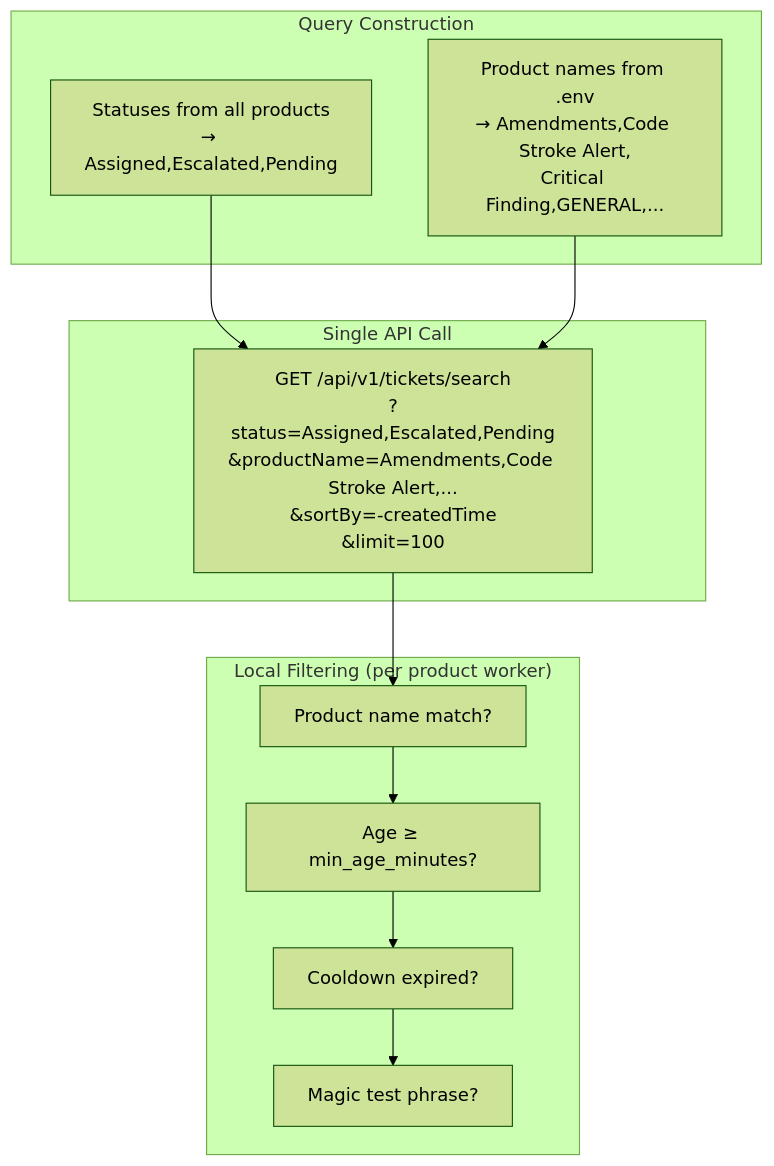
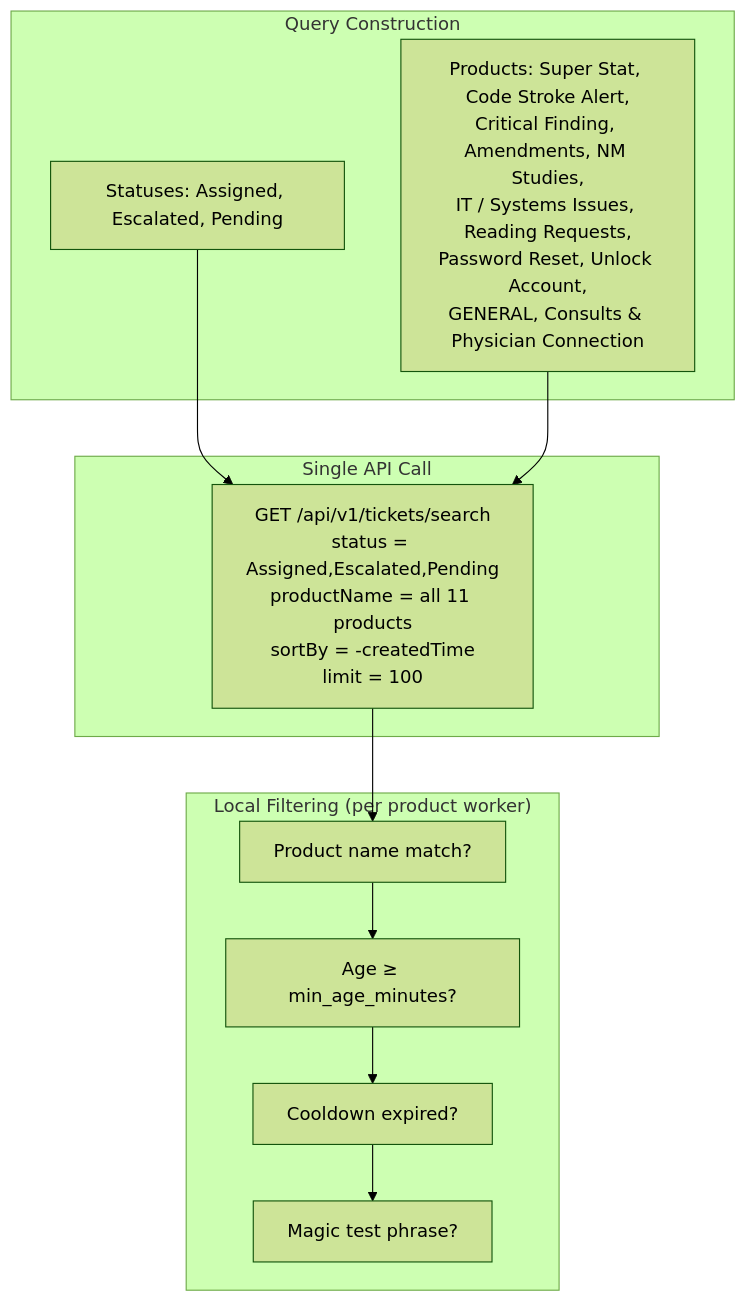
The third of 4 diagrams in README.md (AnsImran/ms-teams-zoho-desk-notifications-service), drawn with Mermaid (forest theme) before and after one commit. The commit also changed other lines of this file and 2 other files, not shown here.

First line of the commit message:
improve architecture and search query diagrams for clarity

````diff
--- a/README.md
+++ b/README.md
@@ -58,22 +52,22 @@
 ```mermaid
 flowchart TB
     subgraph build["Query Construction"]
-        S["Statuses from all products<br>→ Assigned,Escalated,Pending"]
-        P["Product names from .env<br>→ Amendments,Code Stroke Alert,<br>Critical Finding,GENERAL,..."]
+        S["Statuses: Assigned, Escalated, Pending"]
+        P["Products: Super Stat, Code Stroke Alert,<br>Critical Finding, Amendments, NM Studies,<br>IT / Systems Issues, Reading Requests,<br>Password Reset, Unlock Account,<br>GENERAL, Consults & Physician Connection"]
     end
 
     subgraph call["Single API Call"]
-        Q["GET /api/v1/tickets/search<br>?status=Assigned,Escalated,Pending<br>&productName=Amendments,Code Stroke Alert,...<br>&sortBy=-createdTime<br>&limit=100"]
+        Q["GET /api/v1/tickets/search<br>status = Assigned,Escalated,Pending<br>productName = all 11 products<br>sortBy = -createdTime<br>limit = 100"]
     end
 
     subgraph filter["Local Filtering (per product worker)"]
         F1["Product name match?"]
         F2["Age ≥ min_age_minutes?"]
         F3["Cooldown expired?"]
         F4["Magic test phrase?"]
     end
 
     S --> Q
     P --> Q
     Q --> F1 --> F2 --> F3 --> F4
 ```
````
